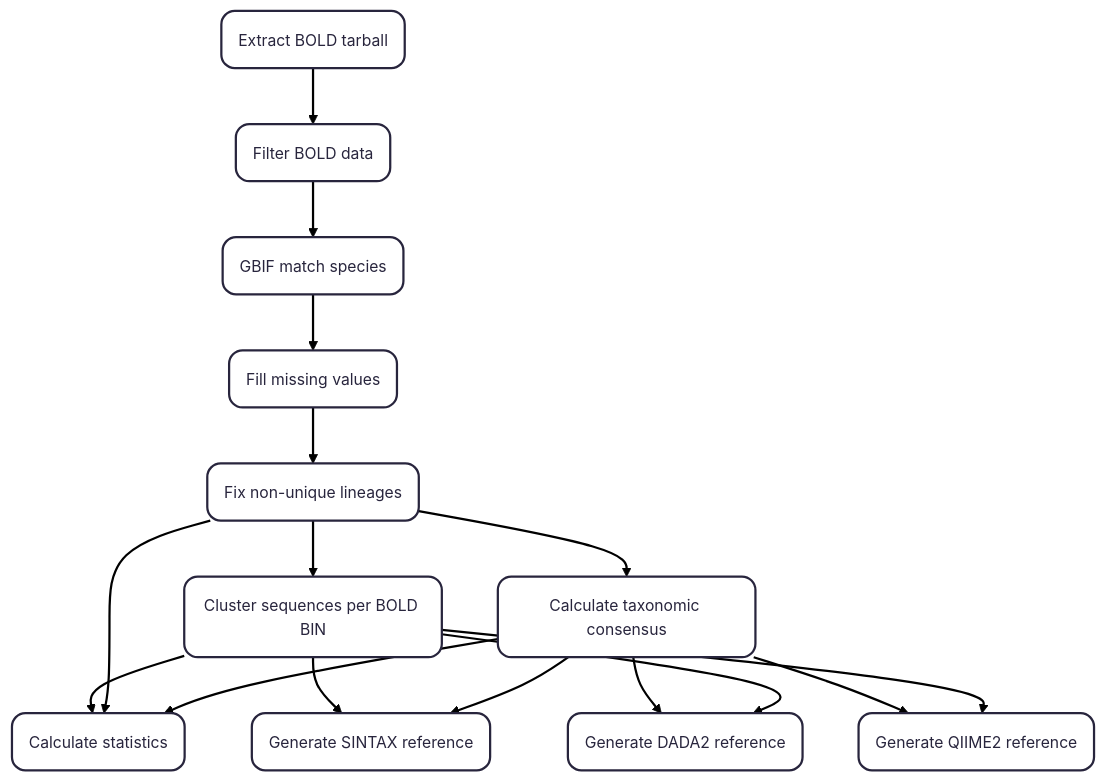
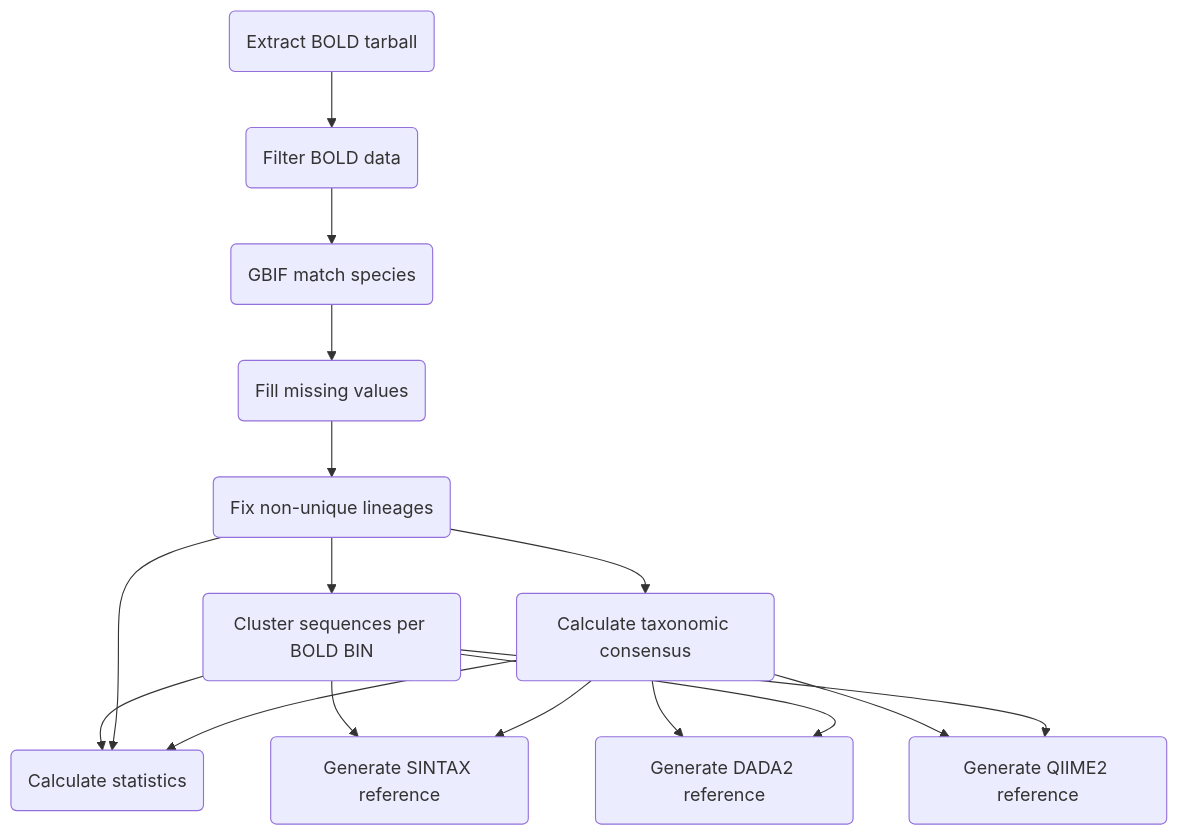
One commit to insect-biome-atlas/coidb changed the diagram in README.md. Above: the diagram before and after it, drawn with Mermaid.

````diff
--- a/README.md
+++ b/README.md
@@ -35,36 +35,30 @@
 ```mermaid
----
-config:
-  theme: redux
-  flowchart:
-    curve: basis
----
 graph TD
     0 --> 1
     1 --> 2
     2 --> 3
     3 --> 4
     4 --> 5
     4 --> 7
     7 --> 8
     4 --> 8
     5 --> 8
     7 --> 9
     5 --> 9
     5 --> 10
     7 --> 10
     5 --> 11
     7 --> 11
     0("Extract BOLD tarball")
     1("Filter BOLD data")
     2("GBIF match species")
     3("Fill missing values")
     4("Fix non-unique lineages")
     5("Calculate taxonomic consensus")
     7("Cluster sequences per BOLD BIN")
     8("Calculate statistics")
     9("Generate SINTAX reference")
     10("Generate DADA2 reference")
     11("Generate QIIME2 reference")
 
 ```
````
